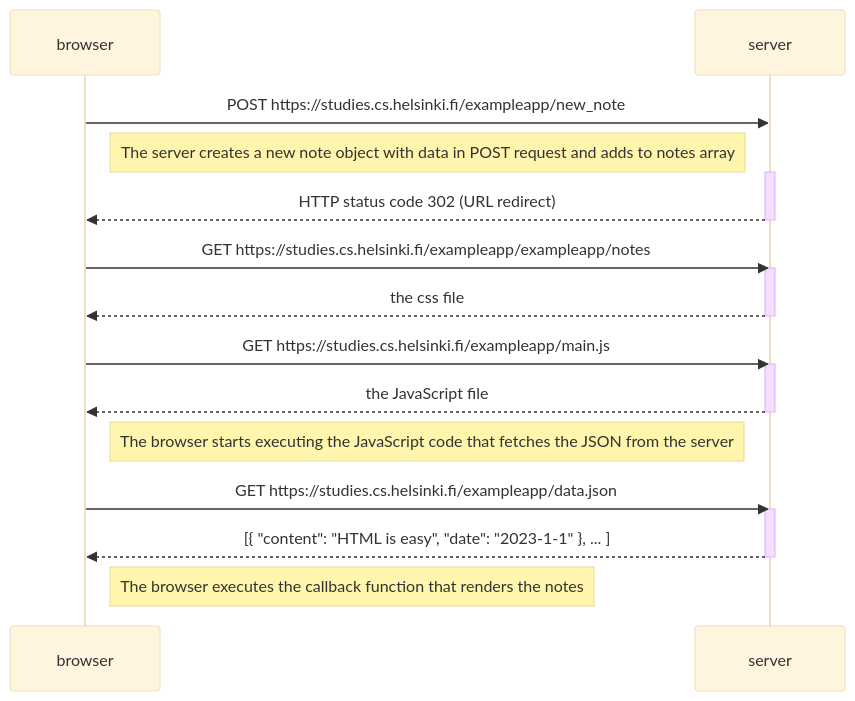
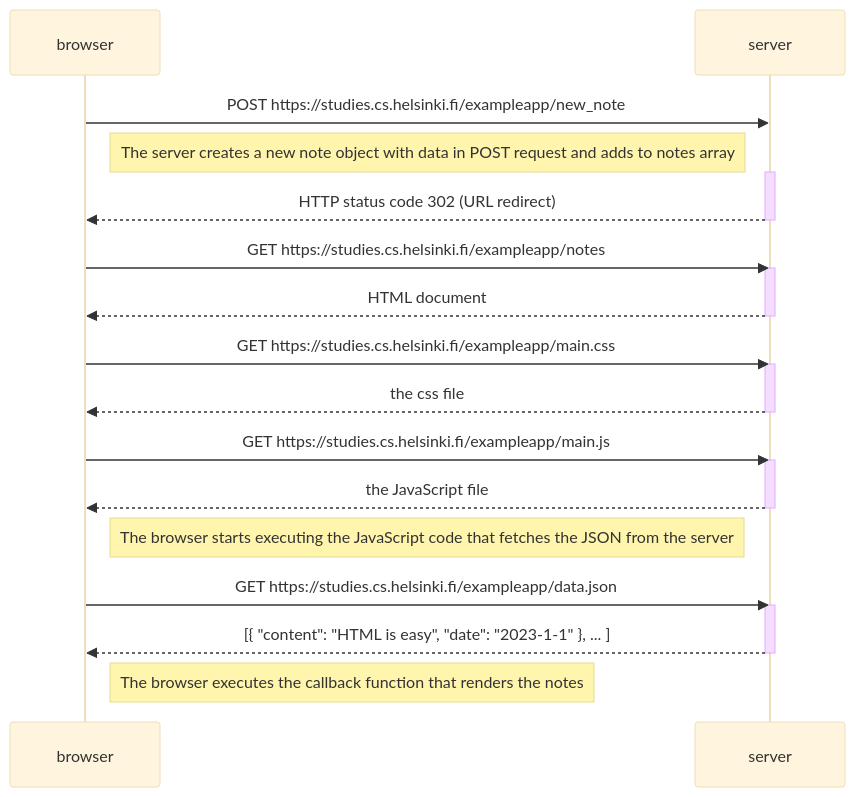
One commit to atunio1/Full-Stack-Open changed the diagram in part0/exercise4.md. Above: the diagram before and after it, drawn with Mermaid (base theme).

Commit message:
Correction on 2nd GET request in diagram

````diff
--- a/part0/exercise4.md
+++ b/part0/exercise4.md
@@ -4,32 +4,37 @@
 ```mermaid
 
 sequenceDiagram
     participant browser
     participant server
 
     browser->>server: POST https://studies.cs.helsinki.fi/exampleapp/new_note
     Note left of server: The server creates a new note object with data in POST request and adds to notes array
     activate server
     server-->>browser: HTTP status code 302 (URL redirect)
     deactivate server
 
-    browser->>server: GET https://studies.cs.helsinki.fi/exampleapp/exampleapp/notes
+    browser->>server: GET https://studies.cs.helsinki.fi/exampleapp/notes
+    activate server
+    server-->>browser: HTML document
+    deactivate server
+
+    browser->>server: GET https://studies.cs.helsinki.fi/exampleapp/main.css
     activate server
     server-->>browser: the css file
     deactivate server
 
     browser->>server: GET https://studies.cs.helsinki.fi/exampleapp/main.js
     activate server
     server-->>browser: the JavaScript file
     deactivate server
 
     Note right of browser: The browser starts executing the JavaScript code that fetches the JSON from the server
 
     browser->>server: GET https://studies.cs.helsinki.fi/exampleapp/data.json
     activate server
     server-->>browser: [{ "content": "HTML is easy", "date": "2023-1-1" }, ... ]
     deactivate server
 
     Note right of browser: The browser executes the callback function that renders the notes
 
 ```
````
